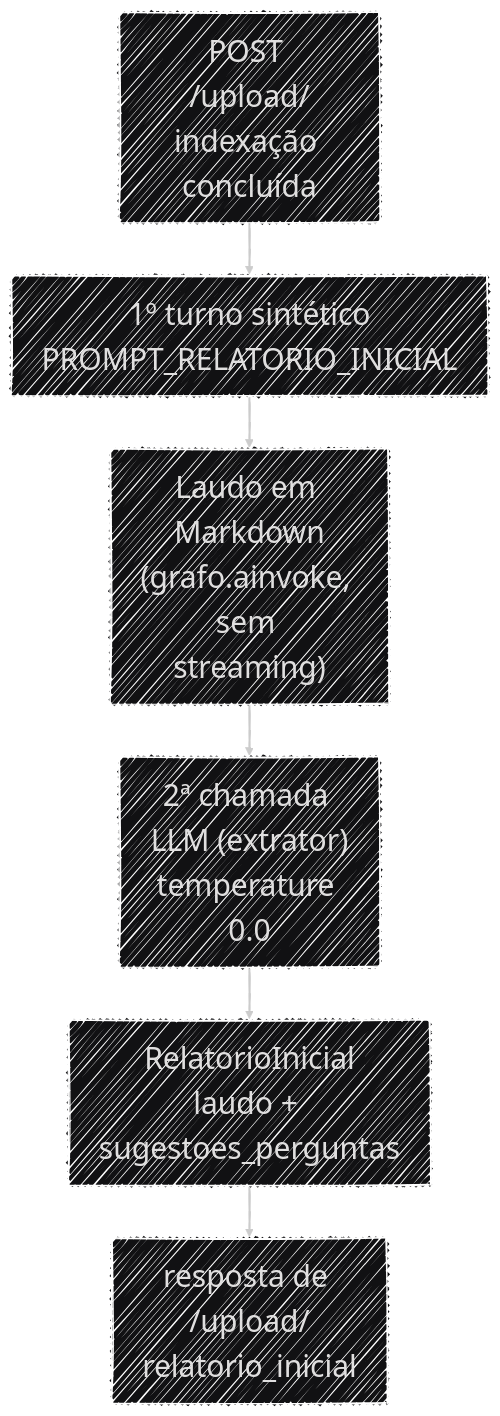
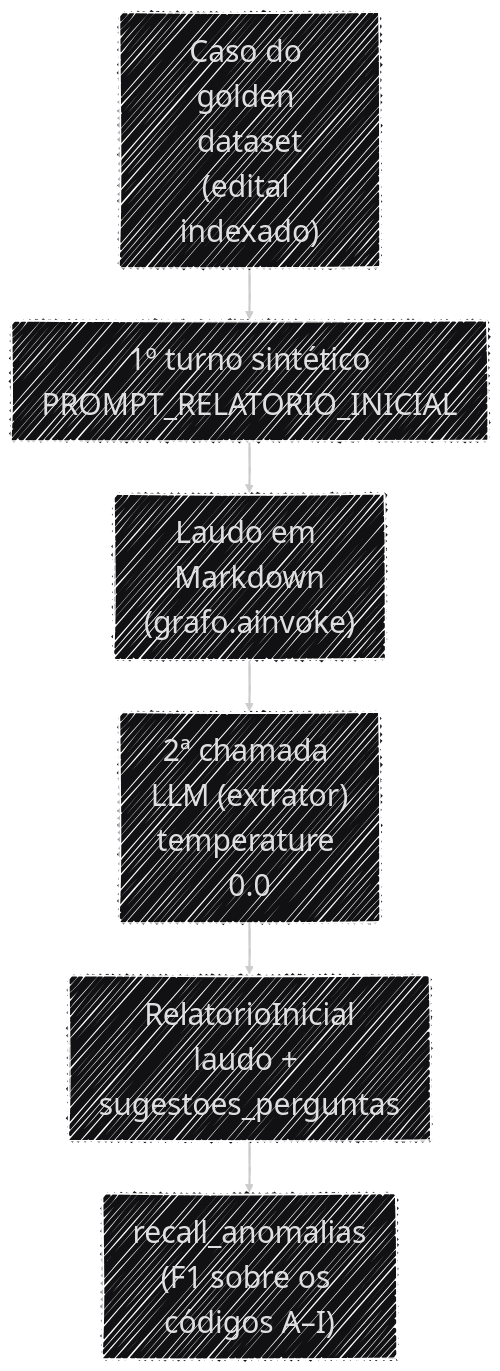
The diagram in docs/ia/extracao_laudo.md (Moreira-89/auditor-cidadao), drawn with Mermaid before and after one commit. The commit also changed other lines of this file and 53 other files, not shown here.

````diff
--- a/docs/ia/extracao_laudo.md
+++ b/docs/ia/extracao_laudo.md
@@ -85,18 +90,18 @@
 ```mermaid
 ---
 config:
   layout: dagre
   theme: redux-dark
   look: handDrawn
   fontFamily: '''Source Code Pro Variable'', monospace'
   themeVariables:
     fontFamily: '''Source Code Pro Variable'', monospace'
     fontSize: '30px'
 ---
 flowchart TB
-    UP["POST /upload/<br>indexação concluída"] --> TURNO["1º turno sintético<br>PROMPT_RELATORIO_INICIAL"]
-    TURNO --> LAUDO["Laudo em Markdown<br>(grafo.ainvoke, sem streaming)"]
+    CASO["Caso do golden dataset<br>(edital indexado)"] --> TURNO["1º turno sintético<br>PROMPT_RELATORIO_INICIAL"]
+    TURNO --> LAUDO["Laudo em Markdown<br>(grafo.ainvoke)"]
     LAUDO --> EXTRATOR["2ª chamada LLM (extrator)<br>temperature 0.0"]
     EXTRATOR --> RESP["RelatorioInicial<br>laudo + sugestoes_perguntas"]
-    RESP --> FRONT["resposta de /upload/<br>relatorio_inicial"]
+    RESP --> METRICA["recall_anomalias<br>(F1 sobre os códigos A–I)"]
 ```
````
